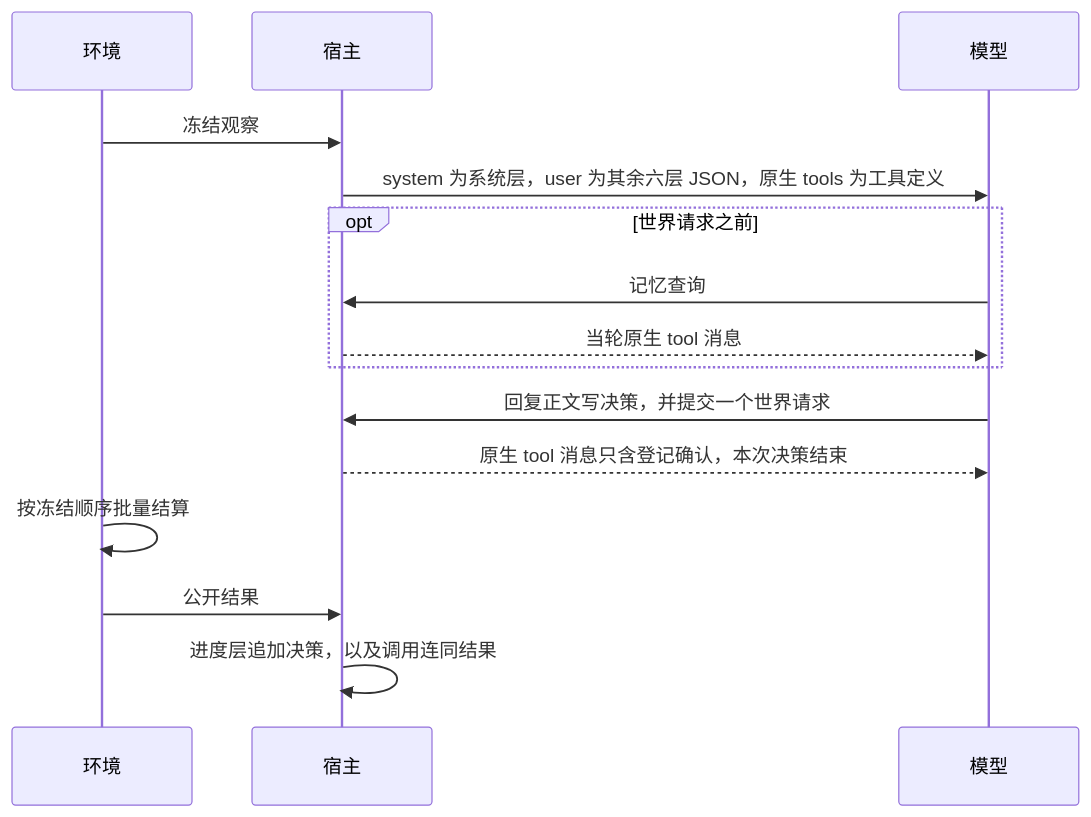
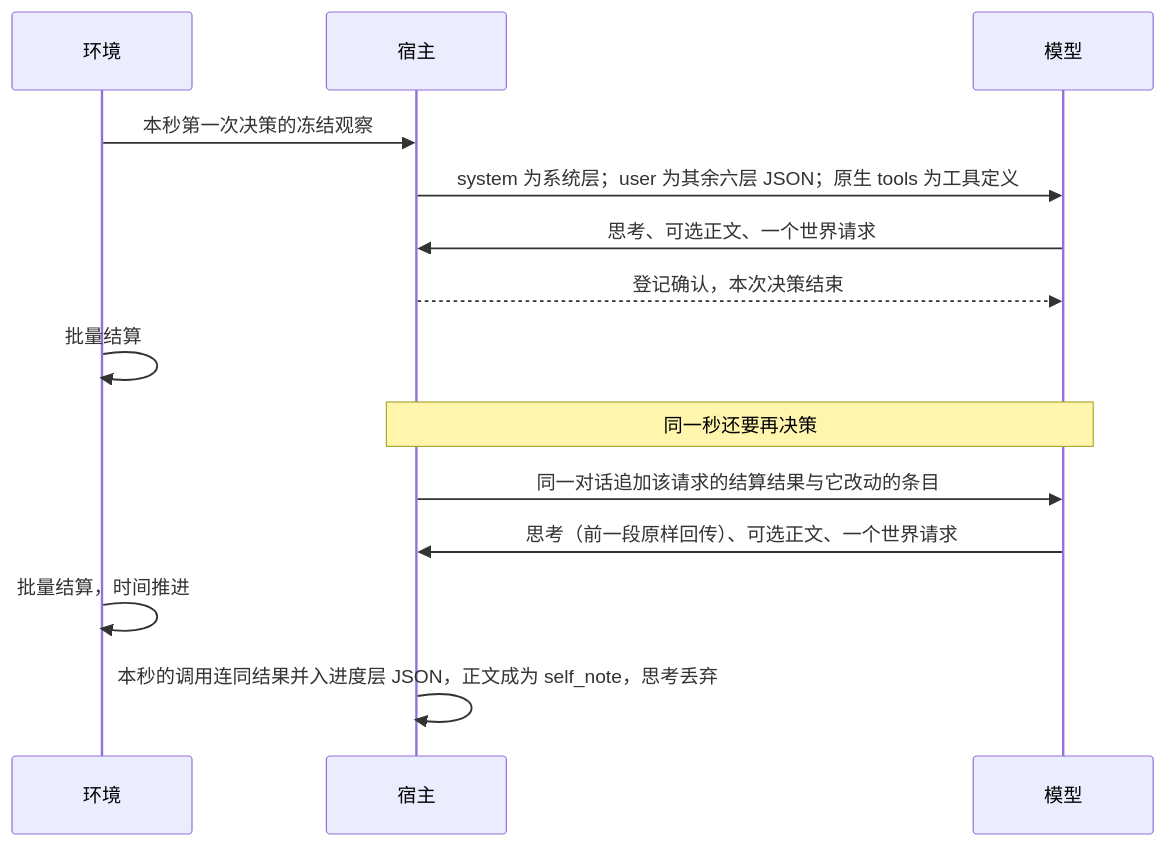
One commit to HoldThatThgt/WorldMock changed the second of 8 diagrams in docs/dev/PROPOSAL-decision-context.md. Above: the diagram before and after it, drawn with Mermaid. The commit also changed other lines of this file and 5 other files, not shown here.

````diff
--- a/docs/dev/PROPOSAL-decision-context.md
+++ b/docs/dev/PROPOSAL-decision-context.md
@@ -132,17 +147,16 @@
 ```mermaid
 sequenceDiagram
     participant W as 环境
     participant H as 宿主
     participant L as 模型
-    W->>H: 冻结观察
-    H->>L: system 为系统层，user 为其余六层 JSON，原生 tools 为工具定义
-    opt 世界请求之前
-        L->>H: 记忆查询
-        H-->>L: 当轮原生 tool 消息
-    end
-    L->>H: 回复正文写决策，并提交一个世界请求
-    H-->>L: 原生 tool 消息只含登记确认，本次决策结束
-    W->>W: 按冻结顺序批量结算
-    W->>H: 公开结果
-    H->>H: 进度层追加决策，以及调用连同结果
+    W->>H: 本秒第一次决策的冻结观察
+    H->>L: system 为系统层；user 为其余六层 JSON；原生 tools 为工具定义
+    L->>H: 思考、可选正文、一个世界请求
+    H-->>L: 登记确认，本次决策结束
+    W->>W: 批量结算
+    Note over H,L: 同一秒还要再决策
+    H->>L: 同一对话追加该请求的结算结果与它改动的条目
+    L->>H: 思考（前一段原样回传）、可选正文、一个世界请求
+    W->>W: 批量结算，时间推进
+    H->>H: 本秒的调用连同结果并入进度层 JSON，正文成为 self_note，思考丢弃
 ```
````
